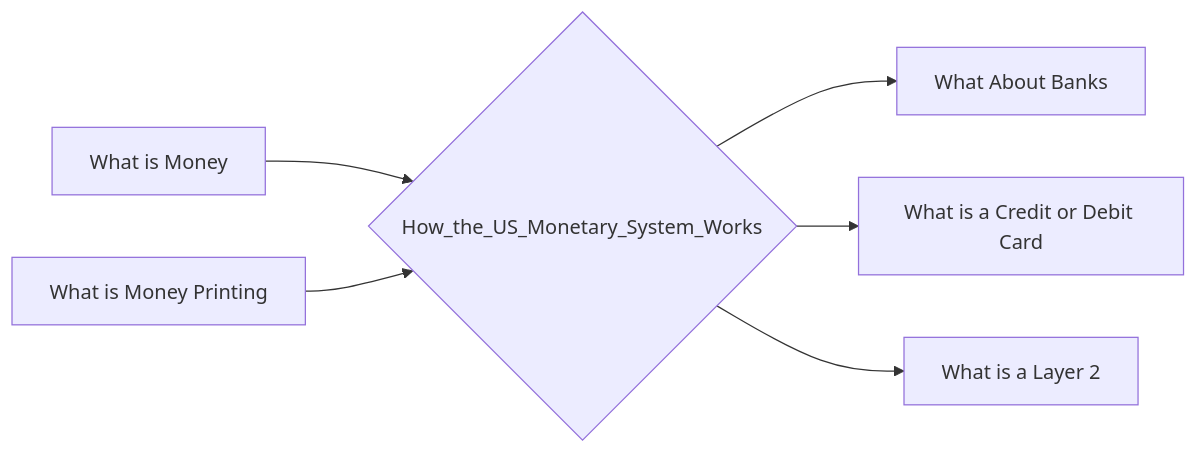
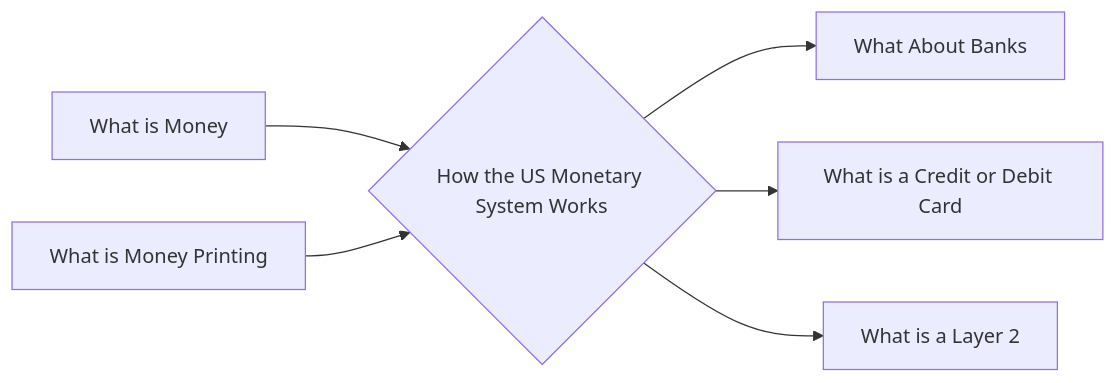
The diagram in notes/How_the_US_Monetary_System_Works.md (lpurdy01/crypto-knowledge-map), drawn with Mermaid before and after one commit. The commit also changed 58 other files, not shown here.

````diff
--- a/notes/How_the_US_Monetary_System_Works.md
+++ b/notes/How_the_US_Monetary_System_Works.md
@@ -9,8 +9,8 @@
 ```mermaid
 graph LR
-1["What is Money"]-->0{"How_the_US_Monetary_System_Works"}
-2["What is Money Printing"]-->0{"How_the_US_Monetary_System_Works"}
-0{"How_the_US_Monetary_System_Works"}-->3["What About Banks"]
-0{"How_the_US_Monetary_System_Works"}-->4["What is a Credit or Debit Card"]
-0{"How_the_US_Monetary_System_Works"}-->5["What is a Layer 2"]
+1["What is Money"]-->0{"How the US Monetary System Works"}
+2["What is Money Printing"]-->0{"How the US Monetary System Works"}
+0{"How the US Monetary System Works"}-->3["What About Banks"]
+0{"How the US Monetary System Works"}-->4["What is a Credit or Debit Card"]
+0{"How the US Monetary System Works"}-->5["What is a Layer 2"]
 ```
````
